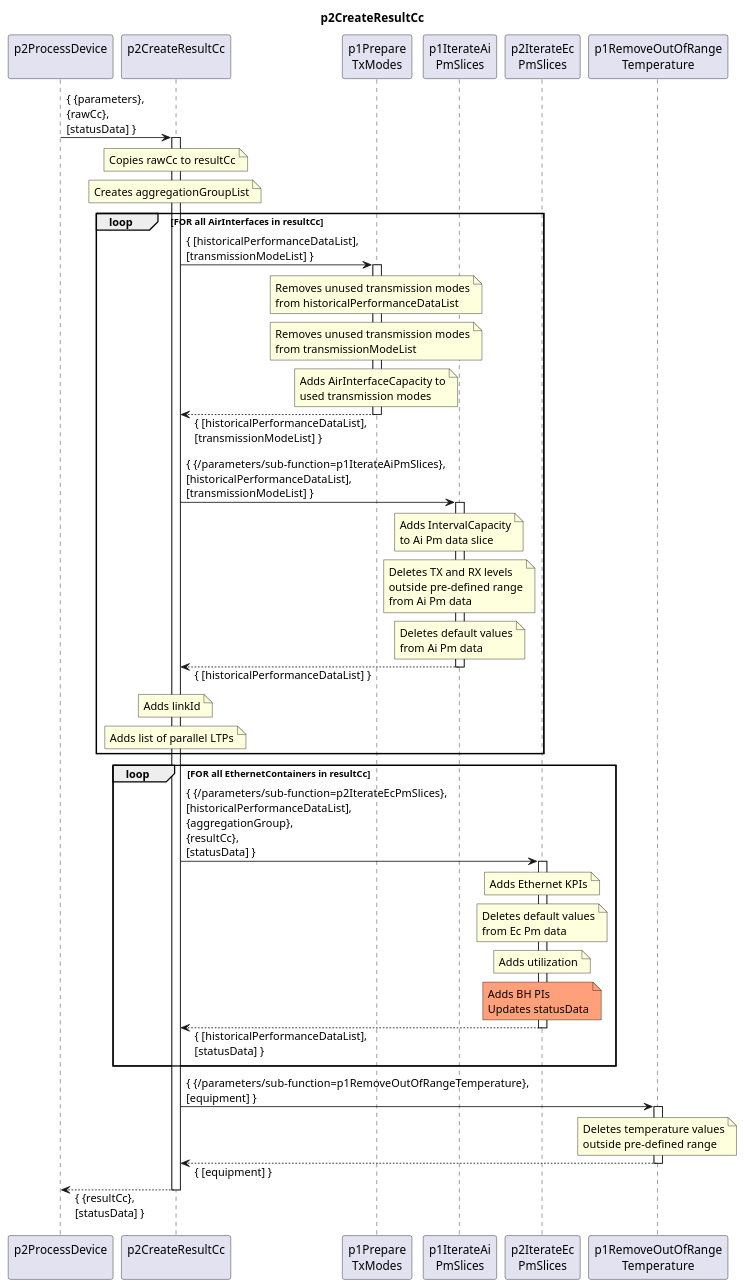
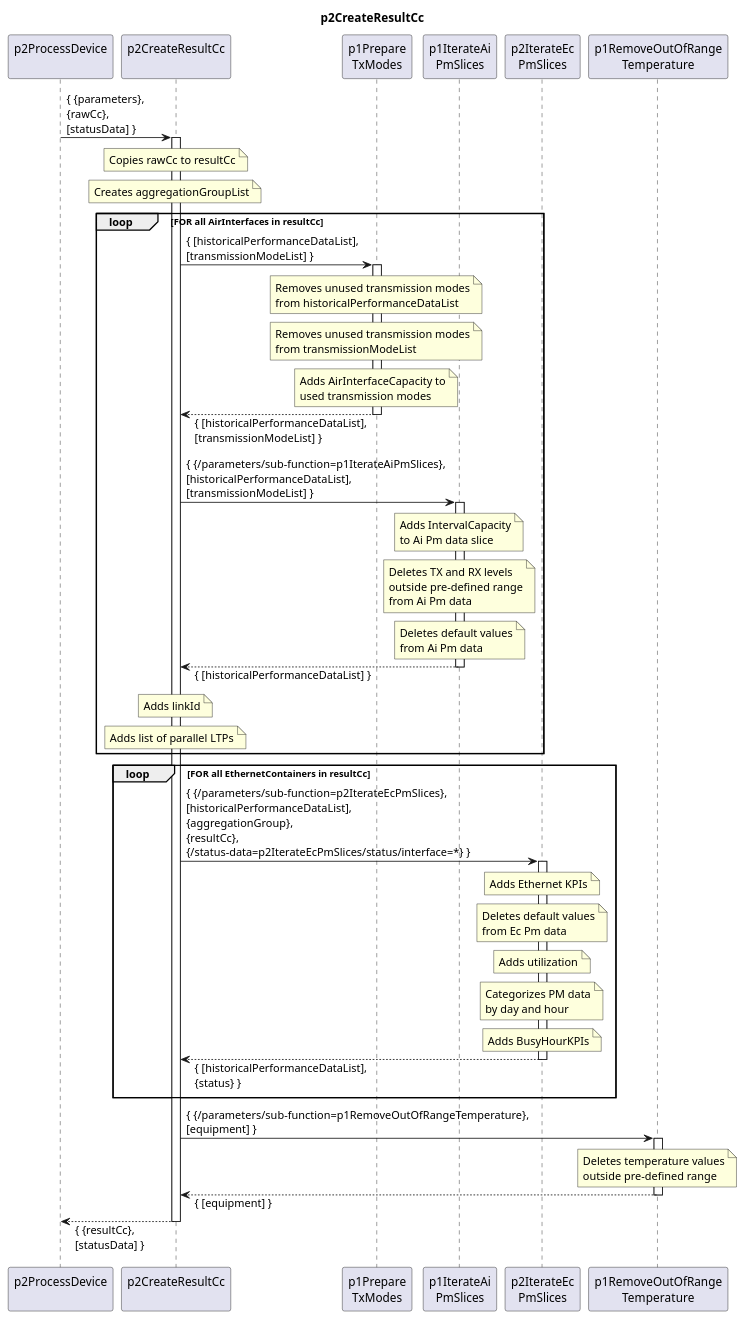
Before and after one commit to openBackhaul/DevicePerformanceManagementDataProcessor: the diagram in spec/Functions/p1StreamPmData/p2ProcessDevice/p2CreateResultCc/1.0.0/p2CreateResultCc.plantuml, drawn with PlantUML. The commit also changed 13 other files, not shown here.

```diff
--- a/spec/Functions/p1StreamPmData/p2ProcessDevice/p2CreateResultCc/1.0.0/p2CreateResultCc.plantuml
+++ b/spec/Functions/p1StreamPmData/p2ProcessDevice/p2CreateResultCc/1.0.0/p2CreateResultCc.plantuml
@@ -1,124 +1,128 @@
 @startuml p2CreateResultCc
 skinparam responseMessageBelowArrow true
 
 title
   p2CreateResultCc
 end title
 
 participant "p2ProcessDevice\n" as requestor
 participant "p2CreateResultCc\n" as cur
 participant "p1Prepare\nTxModes" as p1prepTxModes
 participant "p1IterateAi\nPmSlices" as p1IterateAi
 participant "p2IterateEc\nPmSlices" as p2IterateEc
 participant "p1RemoveOutOfRange\nTemperature" as p1RemoveTemp
 
 requestor -> cur : { {parameters},\n{rawCc},\n[statusData] }
 activate cur
 
   note over cur
     Copies rawCc to resultCc
   end note
 
   note over cur
     Creates aggregationGroupList
   end note
 
   loop FOR all AirInterfaces in resultCc
 
     cur -> p1prepTxModes : { [historicalPerformanceDataList],\n[transmissionModeList] }
     activate p1prepTxModes
 
       note over p1prepTxModes
         Removes unused transmission modes
         from historicalPerformanceDataList
       end note
 
       note over p1prepTxModes
         Removes unused transmission modes
         from transmissionModeList
       end note
 
       note over p1prepTxModes
         Adds AirInterfaceCapacity to
         used transmission modes
       end note
 
     cur <-- p1prepTxModes : { [historicalPerformanceDataList],\n[transmissionModeList] }
     deactivate p1prepTxModes
 
     cur -> p1IterateAi : { {/parameters/sub-function=p1IterateAiPmSlices},\n[historicalPerformanceDataList],\n[transmissionModeList] }
     activate p1IterateAi
 
       note over p1IterateAi
         Adds IntervalCapacity
         to Ai Pm data slice
       end note
 
       note over p1IterateAi
         Deletes TX and RX levels
         outside pre-defined range
         from Ai Pm data
       end note
 
       note over p1IterateAi
         Deletes default values
         from Ai Pm data
       end note
 
 
     cur <-- p1IterateAi : { [historicalPerformanceDataList] }
     deactivate p1IterateAi
 
     note over cur
       Adds linkId
     end note
 
     note over cur
       Adds list of parallel LTPs
     end note
 
   end
 
   loop FOR all EthernetContainers in resultCc
 
-    cur -> p2IterateEc : { {/parameters/sub-function=p2IterateEcPmSlices},\n[historicalPerformanceDataList],\n{aggregationGroup},\n{resultCc},\n[statusData] }
+    cur -> p2IterateEc : { {/parameters/sub-function=p2IterateEcPmSlices},\n[historicalPerformanceDataList],\n{aggregationGroup},\n{resultCc},\n{/status-data=p2IterateEcPmSlices/status/interface=*} }
     activate p2IterateEc
 
       note over p2IterateEc
         Adds Ethernet KPIs
       end note
 
       note over p2IterateEc
         Deletes default values
         from Ec Pm data
       end note
 
       note over p2IterateEc
         Adds utilization
       end note
 
-      note over p2IterateEc #LightSalmon
-        Adds BH PIs
-        Updates statusData
+      note over p2IterateEc
+        Categorizes PM data
+        by day and hour
       end note
 
-    cur <-- p2IterateEc : { [historicalPerformanceDataList],\n[statusData] }
+      note over p2IterateEc
+        Adds BusyHourKPIs
+      end note
+
+    cur <-- p2IterateEc : { [historicalPerformanceDataList],\n{status} }
     deactivate p2IterateEc
 
   end loop
 
   cur -> p1RemoveTemp : { {/parameters/sub-function=p1RemoveOutOfRangeTemperature},\n[equipment] }
   activate p1RemoveTemp
 
     note over p1RemoveTemp
       Deletes temperature values
       outside pre-defined range
     end note
 
   cur <-- p1RemoveTemp : { [equipment] }
   deactivate p1RemoveTemp
 
 requestor <-- cur : { {resultCc},\n[statusData] }
 deactivate cur
 
 @enduml
```
